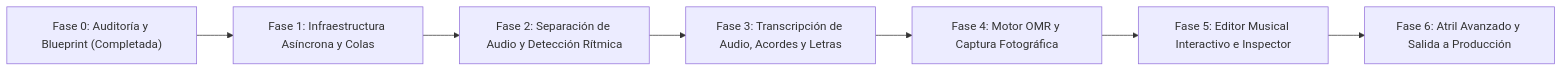
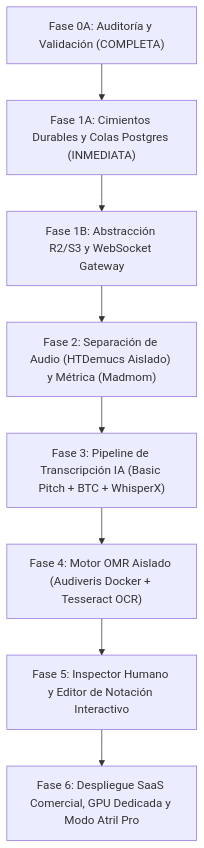
Before and after one commit to juancastro2381-hub/BETHESDA-WORSHIP-STUDIO: the first of 2 diagrams in docs/reports/WS_AI_MUSIC_PLATFORM_IMPLEMENTATION_ROADMAP.md, drawn with Mermaid. The commit also changed other lines of this file and 8 other files, not shown here.

Commit message:
PHASE 0A: INDEPENDENT AUDIT REMEDIATION & FINAL ARCHITECTURE VALIDATION

````diff
--- a/docs/reports/WS_AI_MUSIC_PLATFORM_IMPLEMENTATION_ROADMAP.md
+++ b/docs/reports/WS_AI_MUSIC_PLATFORM_IMPLEMENTATION_ROADMAP.md
@@ -21,9 +18,10 @@
 ```mermaid
-flowchart LR
-    P0["Fase 0: Auditoría y Blueprint (Completada)"] --> P1["Fase 1: Infraestructura Asíncrona y Colas"]
-    P1 --> P2["Fase 2: Separación de Audio y Detección Rítmica"]
-    P2 --> P3["Fase 3: Transcripción de Audio, Acordes y Letras"]
-    P3 --> P4["Fase 4: Motor OMR y Captura Fotográfica"]
-    P4 --> P5["Fase 5: Editor Musical Interactivo e Inspector"]
-    P5 --> P6["Fase 6: Atril Avanzado y Salida a Producción"]
+flowchart TD
+    P0A["Fase 0A: Auditoría y Validación (COMPLETA)"] --> P1A["Fase 1A: Cimientos Durables y Colas Postgres (INMEDIATA)"]
+    P1A --> P1B["Fase 1B: Abstracción R2/S3 y WebSocket Gateway"]
+    P1B --> P2["Fase 2: Separación de Audio (HTDemucs Aislado) y Métrica (Madmom)"]
+    P2 --> P3["Fase 3: Pipeline de Transcripción IA (Basic Pitch + BTC + WhisperX)"]
+    P3 --> P4["Fase 4: Motor OMR Aislado (Audiveris Docker + Tesseract OCR)"]
+    P4 --> P5["Fase 5: Inspector Humano y Editor de Notación Interactivo"]
+    P5 --> P6["Fase 6: Despliegue SaaS Comercial, GPU Dedicada y Modo Atril Pro"]
 ```
````
